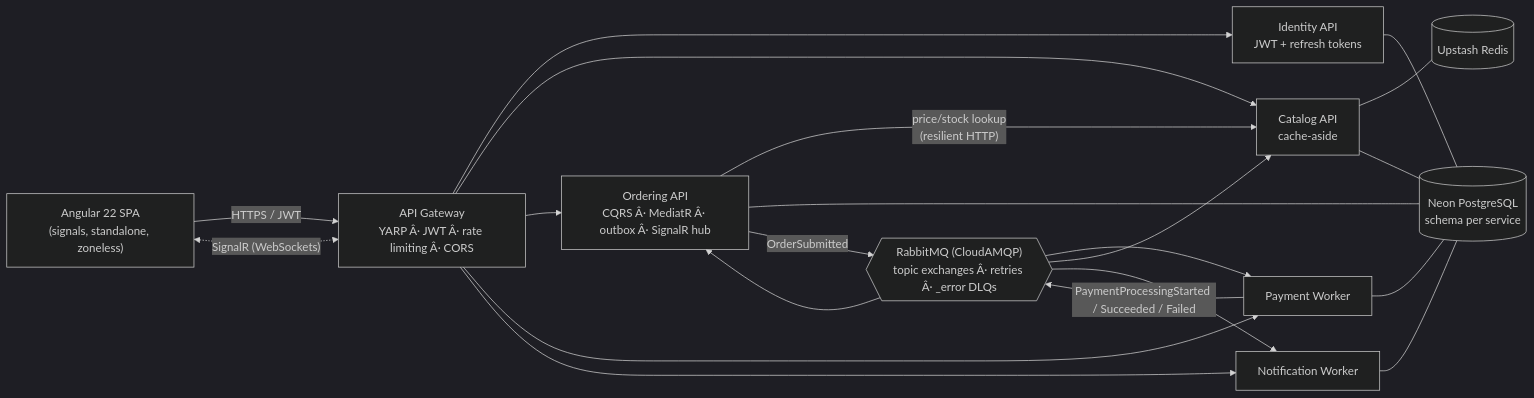
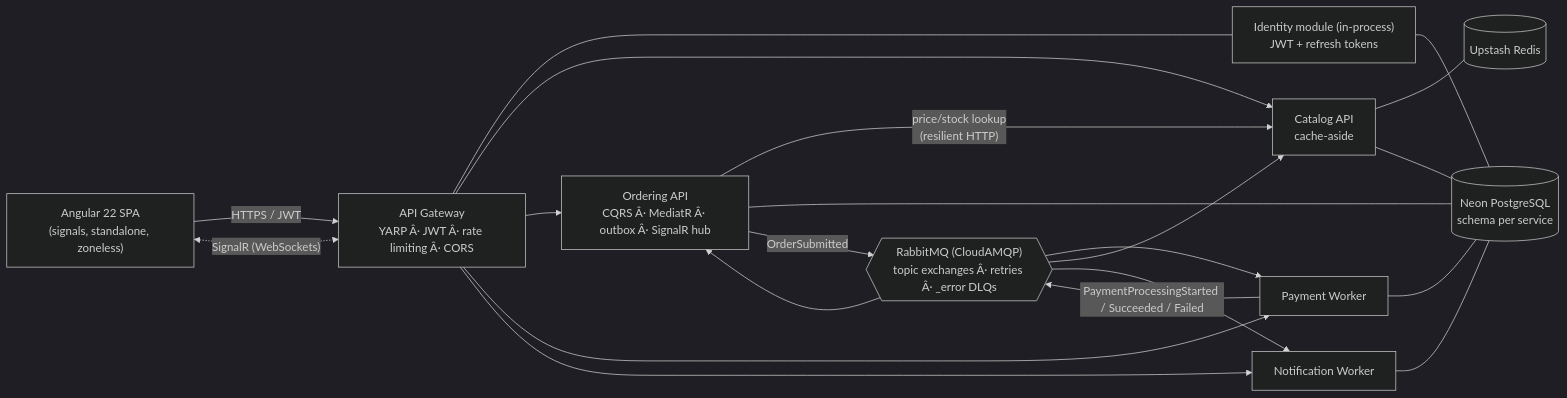
The first of 2 diagrams in README.md (Meetulsingh/Orderflow), drawn with Mermaid (dark theme) before and after one commit. The commit also changed other lines of this file and 23 other files, not shown here.

````diff
--- a/README.md
+++ b/README.md
@@ -20,18 +20,18 @@
 ```mermaid
 flowchart LR
     UI["Angular 22 SPA<br/>(signals, standalone, zoneless)"] -- HTTPS / JWT --> GW
     UI <-. "SignalR (WebSockets)" .-> GW
     GW["API Gateway<br/>YARP Â· JWT Â· rate limiting Â· CORS"]
-    GW --> ID["Identity API<br/>JWT + refresh tokens"]
+    GW --- ID["Identity module (in-process)<br/>JWT + refresh tokens"]
     GW --> CAT["Catalog API<br/>cache-aside"]
     GW --> ORD["Ordering API<br/>CQRS Â· MediatR Â· outbox Â· SignalR hub"]
     GW --> PAY["Payment Worker"]
     GW --> NOT["Notification Worker"]
     ORD -- "price/stock lookup<br/>(resilient HTTP)" --> CAT
     CAT --- REDIS[("Upstash Redis")]
     ID & CAT & ORD & PAY & NOT --- PG[("Neon PostgreSQL<br/>schema per service")]
     ORD -- OrderSubmitted --> MQ{{"RabbitMQ (CloudAMQP)<br/>topic exchanges Â· retries Â· _error DLQs"}}
     MQ --> PAY
     PAY -- "PaymentProcessingStarted / Succeeded / Failed" --> MQ
     MQ --> ORD & CAT & NOT
 ```
````
